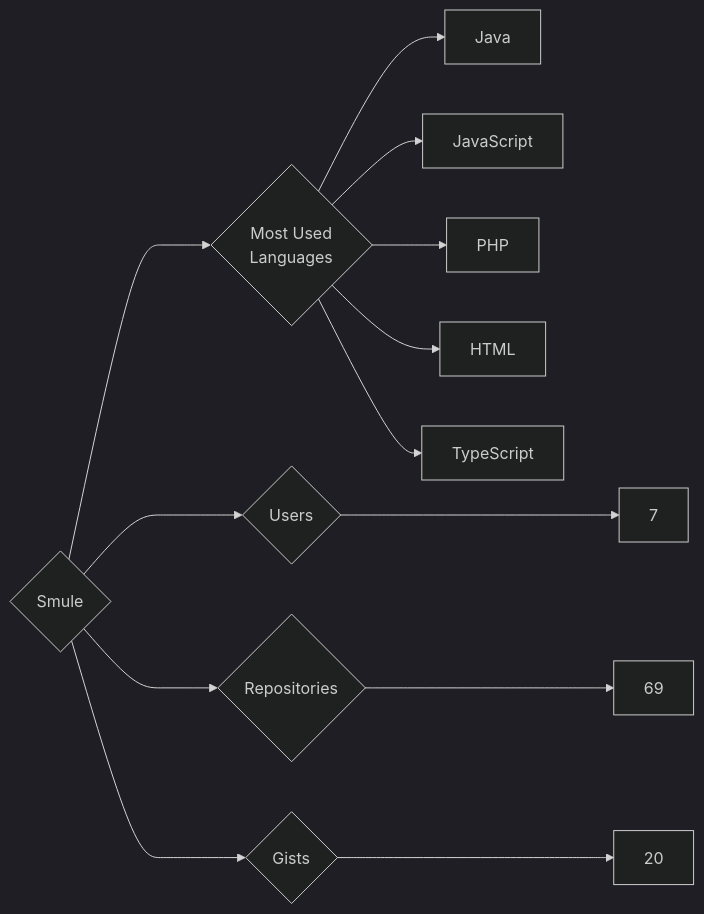
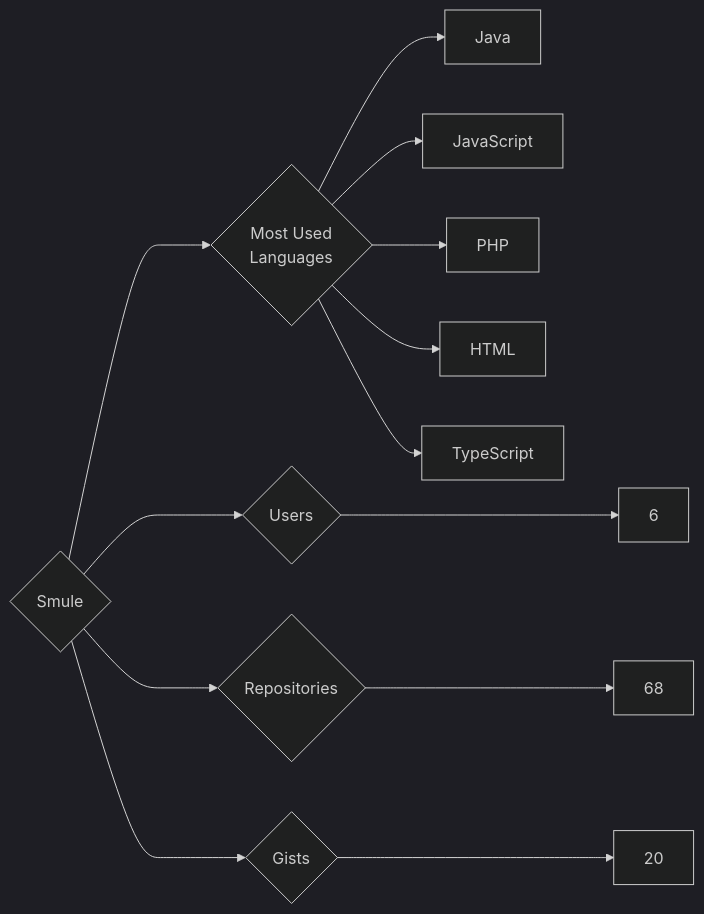
Before and after one commit to trickest/insiders: the diagram in targets/Smule/README.md, drawn with Mermaid (dark theme). The commit also changed 1484 other files, not shown here.

````diff
--- a/targets/Smule/README.md
+++ b/targets/Smule/README.md
@@ -3,13 +3,13 @@
 ```mermaid
 graph LR
 COMPANY_NAME{Smule}
-COMPANY_NAME ---> U{Users} ---> UN[7]
-COMPANY_NAME ---> R{Repositories} ---> RN[69]
+COMPANY_NAME ---> U{Users} ---> UN[6]
+COMPANY_NAME ---> R{Repositories} ---> RN[68]
 COMPANY_NAME ---> G{Gists} ---> GN[20]
 COMPANY_NAME ---> ML{Most Used<br>Languages}
 ML --> Java[Java]
 ML --> JavaScript[JavaScript]
 ML --> PHP[PHP]
 ML --> HTML[HTML]
 ML --> TypeScript[TypeScript]
 ```
````
